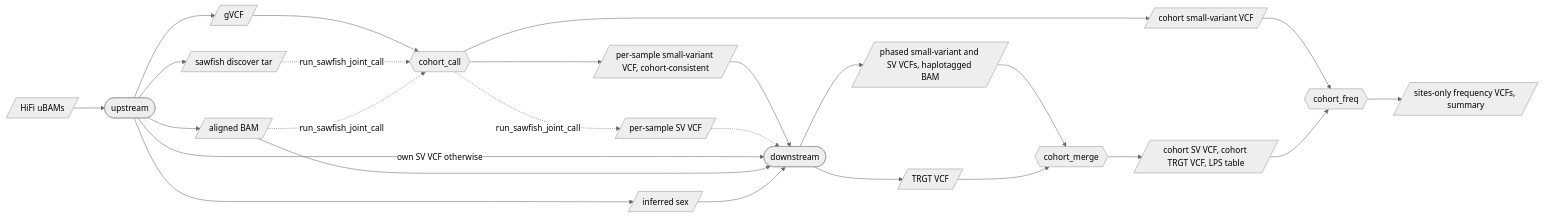
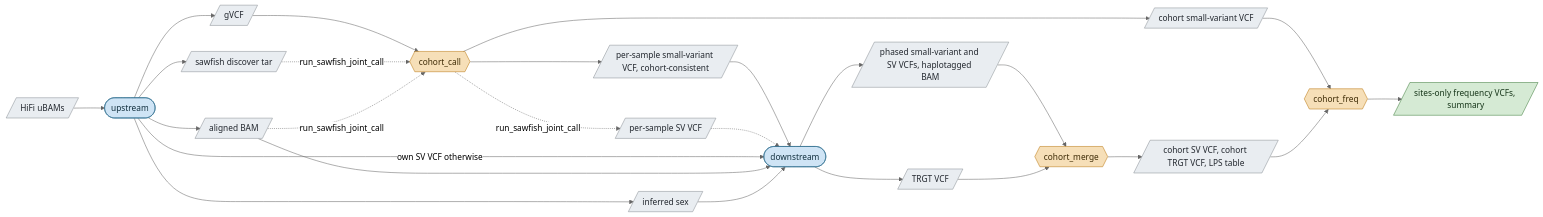
The diagram in docs/guide/02-concepts.md (UppsalaGenomeCenter/ugc-wgw), drawn with Mermaid (neutral theme) before and after one commit. The commit also changed 52 other files, not shown here.

````diff
--- a/docs/guide/02-concepts.md
+++ b/docs/guide/02-concepts.md
@@ -130,27 +130,31 @@
 ```mermaid
 flowchart LR
-  ubam[/"HiFi uBAMs"/] --> up(["upstream"])
-  up --> bam[/"aligned BAM"/]
-  up --> gvcf[/"gVCF"/]
-  up --> disc[/"sawfish discover tar"/]
-  up --> sex[/"inferred sex"/]
-  gvcf --> cc{{"cohort_call"}}
+  ubam[/"HiFi uBAMs"/]:::data --> up(["upstream"]):::sample
+  up --> bam[/"aligned BAM"/]:::data
+  up --> gvcf[/"gVCF"/]:::data
+  up --> disc[/"sawfish discover tar"/]:::data
+  up --> sex[/"inferred sex"/]:::data
+  gvcf --> cc{{"cohort_call"}}:::cohort
   disc -.->|"run_sawfish_joint_call"| cc
   bam -.->|"run_sawfish_joint_call"| cc
-  cc --> split[/"per-sample small-variant VCF, cohort-consistent"/]
-  cc -.->|"run_sawfish_joint_call"| splitsv[/"per-sample SV VCF"/]
-  split --> ds(["downstream"])
+  cc --> split[/"per-sample small-variant VCF, cohort-consistent"/]:::data
+  cc -.->|"run_sawfish_joint_call"| splitsv[/"per-sample SV VCF"/]:::data
+  split --> ds(["downstream"]):::sample
   splitsv -.-> ds
   up -->|"own SV VCF otherwise"| ds
   bam --> ds
   sex --> ds
-  ds --> phased[/"phased small-variant and SV VCFs, haplotagged BAM"/]
-  ds --> trgt[/"TRGT VCF"/]
-  phased --> cm{{"cohort_merge"}}
+  ds --> phased[/"phased small-variant and SV VCFs, haplotagged BAM"/]:::data
+  ds --> trgt[/"TRGT VCF"/]:::data
+  phased --> cm{{"cohort_merge"}}:::cohort
   trgt --> cm
-  cm --> cohort[/"cohort SV VCF, cohort TRGT VCF, LPS table"/]
-  cc --> jointvcf[/"cohort small-variant VCF"/]
-  jointvcf --> cf{{"cohort_freq"}}
+  cm --> cohort[/"cohort SV VCF, cohort TRGT VCF, LPS table"/]:::data
+  cc --> jointvcf[/"cohort small-variant VCF"/]:::data
+  jointvcf --> cf{{"cohort_freq"}}:::cohort
   cohort --> cf
-  cf --> freq[/"sites-only frequency VCFs, summary"/]
+  cf --> freq[/"sites-only frequency VCFs, summary"/]:::result
+  classDef sample fill:#cfe4f5,stroke:#2f6f8f,color:#12303f
+  classDef cohort fill:#f6dfb8,stroke:#b9770e,color:#3d2a05
+  classDef data fill:#e9edf1,stroke:#8a8f95,color:#22272e
+  classDef result fill:#d5ead4,stroke:#3f7d3c,color:#17361a
 ```
````
